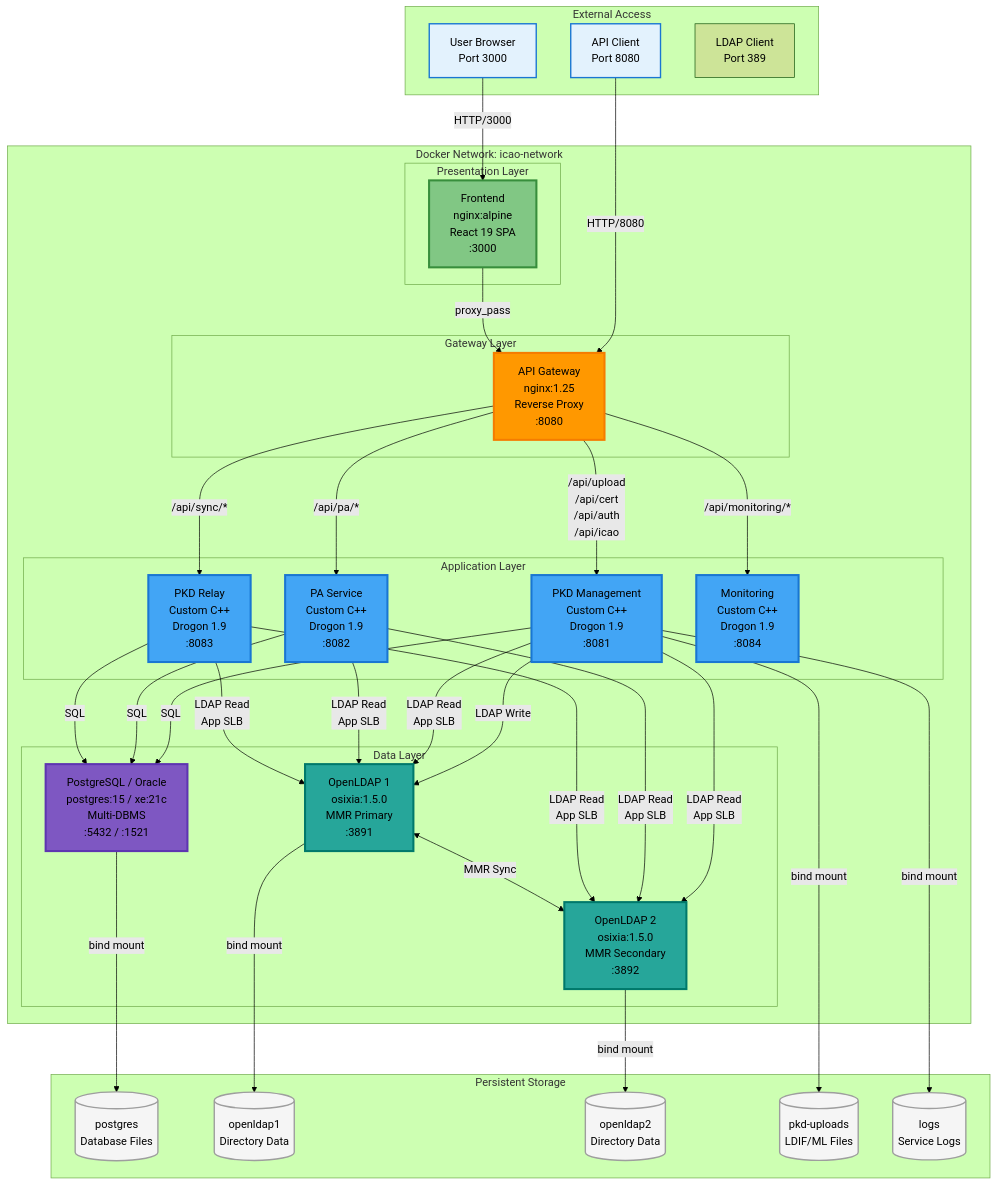
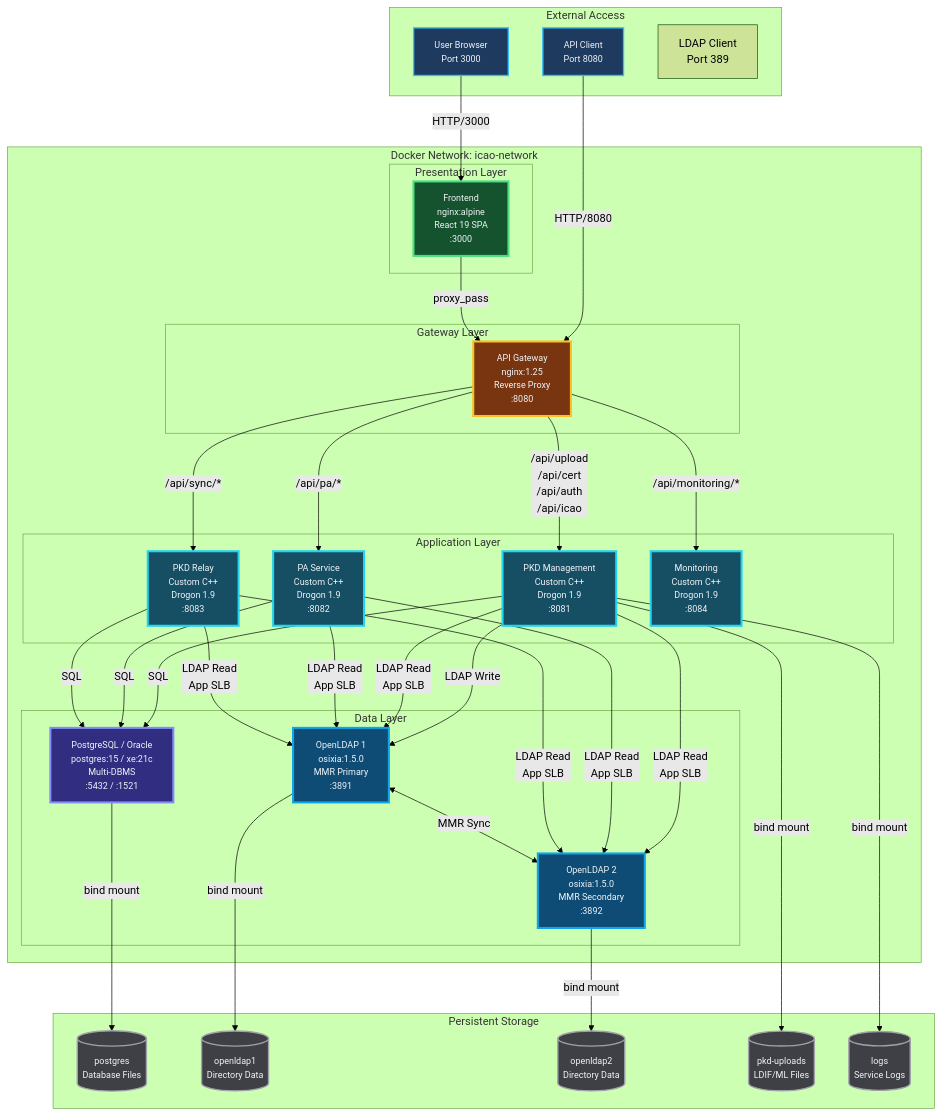
Diagram 14 of 17 in docs/ARCHITECTURE.md (iland112/icao-local-pkd-cpp), drawn with Mermaid (forest theme) before and after one commit. The commit also changed other lines of this file and 27 other files, not shown here.

````diff
--- a/docs/ARCHITECTURE.md
+++ b/docs/ARCHITECTURE.md
@@ -1226,30 +1404,30 @@
     PKD -->|bind mount| LogData
 
     %% Styling - External
-    style User fill:#E3F2FD,stroke:#1976D2,stroke-width:2px
-    style APIClient fill:#E3F2FD,stroke:#1976D2,stroke-width:2px
+    style User fill:#1e3a5f,stroke:#38bdf8,stroke-width:2px,color:#f1f5f9,font-size:13px
+    style APIClient fill:#1e3a5f,stroke:#38bdf8,stroke-width:2px,color:#f1f5f9,font-size:13px
 
     %% Styling - Presentation
-    style Frontend fill:#81C784,stroke:#388E3C,stroke-width:3px
+    style Frontend fill:#14532d,stroke:#4ade80,stroke-width:3px,color:#f1f5f9,font-size:13px
 
     %% Styling - Gateway
-    style APIGateway fill:#FF9800,stroke:#F57C00,stroke-width:3px
+    style APIGateway fill:#78350f,stroke:#fbbf24,stroke-width:3px,color:#f1f5f9,font-size:13px
 
     %% Styling - Application
-    style PKD fill:#42A5F5,stroke:#1976D2,stroke-width:3px
-    style PA fill:#42A5F5,stroke:#1976D2,stroke-width:3px
-    style Relay fill:#42A5F5,stroke:#1976D2,stroke-width:3px
-    style Mon fill:#42A5F5,stroke:#1976D2,stroke-width:3px
+    style PKD fill:#164e63,stroke:#22d3ee,stroke-width:3px,color:#f1f5f9,font-size:13px
+    style PA fill:#164e63,stroke:#22d3ee,stroke-width:3px,color:#f1f5f9,font-size:13px
+    style Relay fill:#164e63,stroke:#22d3ee,stroke-width:3px,color:#f1f5f9,font-size:13px
+    style Mon fill:#164e63,stroke:#22d3ee,stroke-width:3px,color:#f1f5f9,font-size:13px
 
     %% Styling - Data Layer
-    style PG fill:#7E57C2,stroke:#5E35B1,stroke-width:3px
-    style LDAP1 fill:#26A69A,stroke:#00796B,stroke-width:3px
-    style LDAP2 fill:#26A69A,stroke:#00796B,stroke-width:3px
+    style PG fill:#312e81,stroke:#818cf8,stroke-width:3px,color:#f1f5f9,font-size:13px
+    style LDAP1 fill:#0f4c75,stroke:#0ea5e9,stroke-width:3px,color:#f1f5f9,font-size:13px
+    style LDAP2 fill:#0f4c75,stroke:#0ea5e9,stroke-width:3px,color:#f1f5f9,font-size:13px
 
     %% Styling - Storage
-    style PGData fill:#F5F5F5,stroke:#9E9E9E,stroke-width:2px
-    style LDAP1Data fill:#F5F5F5,stroke:#9E9E9E,stroke-width:2px
-    style LDAP2Data fill:#F5F5F5,stroke:#9E9E9E,stroke-width:2px
-    style UploadData fill:#F5F5F5,stroke:#9E9E9E,stroke-width:2px
-    style LogData fill:#F5F5F5,stroke:#9E9E9E,stroke-width:2px
+    style PGData fill:#3f3f46,stroke:#a1a1aa,stroke-width:2px,color:#f1f5f9,font-size:13px
+    style LDAP1Data fill:#3f3f46,stroke:#a1a1aa,stroke-width:2px,color:#f1f5f9,font-size:13px
+    style LDAP2Data fill:#3f3f46,stroke:#a1a1aa,stroke-width:2px,color:#f1f5f9,font-size:13px
+    style UploadData fill:#3f3f46,stroke:#a1a1aa,stroke-width:2px,color:#f1f5f9,font-size:13px
+    style LogData fill:#3f3f46,stroke:#a1a1aa,stroke-width:2px,color:#f1f5f9,font-size:13px
 ```
````
